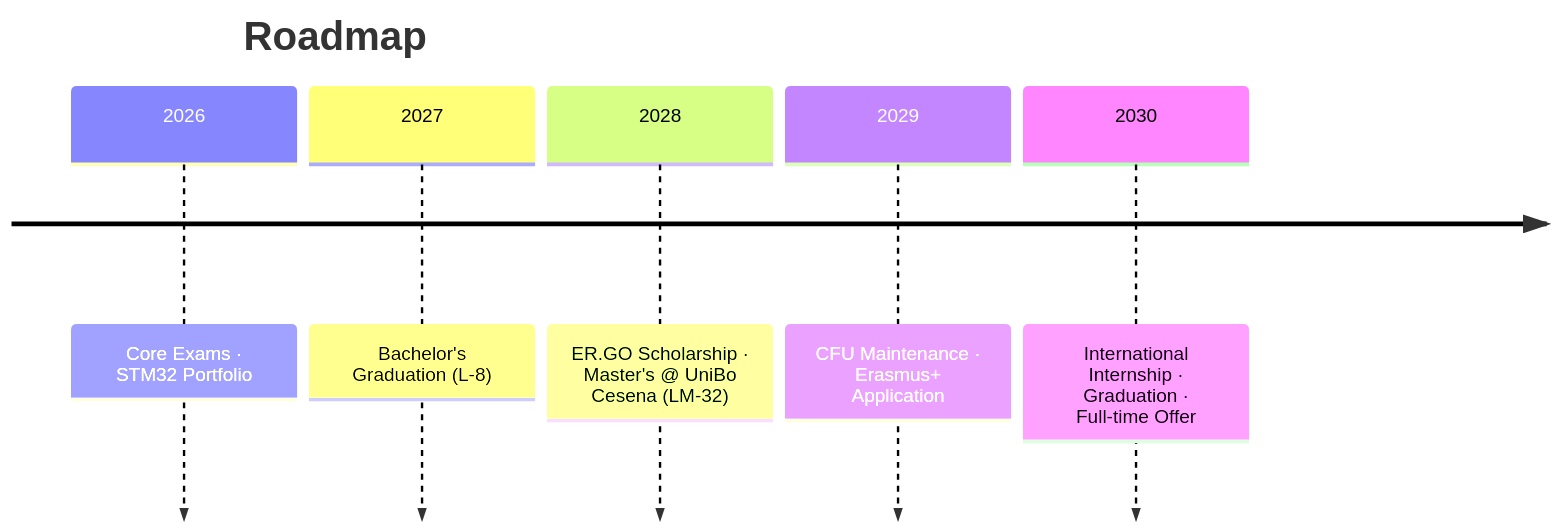
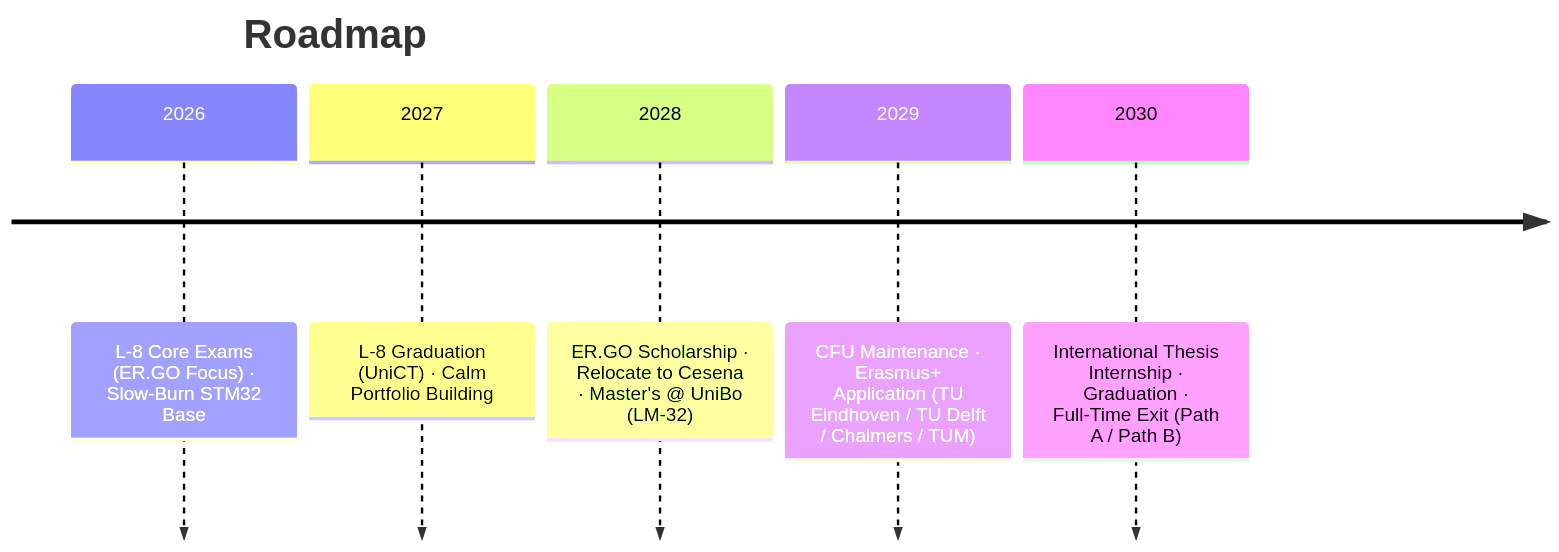
Before and after one commit to andreadamico678/master-plan: the diagram in README.md, drawn with Mermaid. The commit also changed other lines of this file and 8 other files, not shown here.

````diff
--- a/README.md
+++ b/README.md
@@ -12,9 +5,9 @@
 ```mermaid
 timeline
     title Roadmap
-    2026 : Core Exams · STM32 Portfolio
-    2027 : Bachelor's Graduation (L-8)
-    2028 : ER.GO Scholarship · Master's @ UniBo Cesena (LM-32)
-    2029 : CFU Maintenance · Erasmus+ Application
-    2030 : International Internship · Graduation · Full-time Offer
+    2026 : L-8 Core Exams (ER.GO Focus) · Slow-Burn STM32 Base
+    2027 : L-8 Graduation (UniCT) · Calm Portfolio Building
+    2028 : ER.GO Scholarship · Relocate to Cesena · Master's @ UniBo (LM-32)
+    2029 : CFU Maintenance · Erasmus+ Application (TU Eindhoven / TU Delft / Chalmers / TUM)
+    2030 : International Thesis Internship · Graduation · Full-Time Exit (Path A / Path B)
 ```
````
